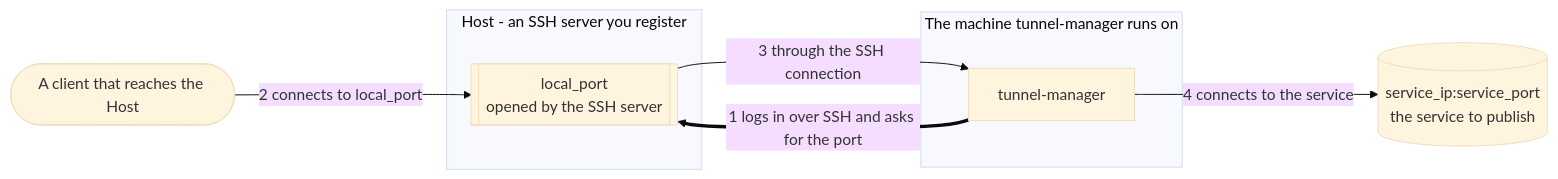
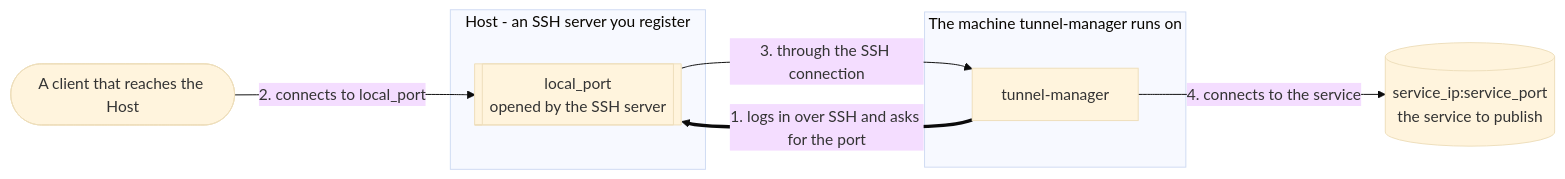
One commit to jollaman999/tunnel-manager changed the diagram in README.md. Above: the diagram before and after it, drawn with Mermaid (base theme). The commit also changed 3 other files, not shown here.

Commit message:
docs: Number the diagram steps as ordinals

````diff
--- a/README.md
+++ b/README.md
@@ -16,16 +16,16 @@
 ```mermaid
 flowchart LR
     client([A client that reaches the Host])
     subgraph host [Host - an SSH server you register]
         port[["local_port<br/>opened by the SSH server"]]
     end
     subgraph here [The machine tunnel-manager runs on]
         tm[tunnel-manager]
     end
     service[("service_ip:service_port<br/>the service to publish")]
 
-    tm ==>|1 logs in over SSH and asks for the port| port
-    client -->|2 connects to local_port| port
-    port -->|3 through the SSH connection| tm
-    tm -->|4 connects to the service| service
+    tm ==>|"1. logs in over SSH and asks for the port"| port
+    client -->|"2. connects to local_port"| port
+    port -->|"3. through the SSH connection"| tm
+    tm -->|"4. connects to the service"| service
 ```
````
